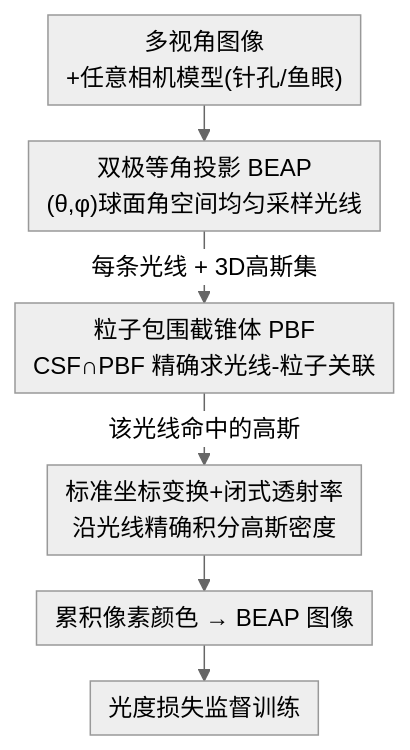
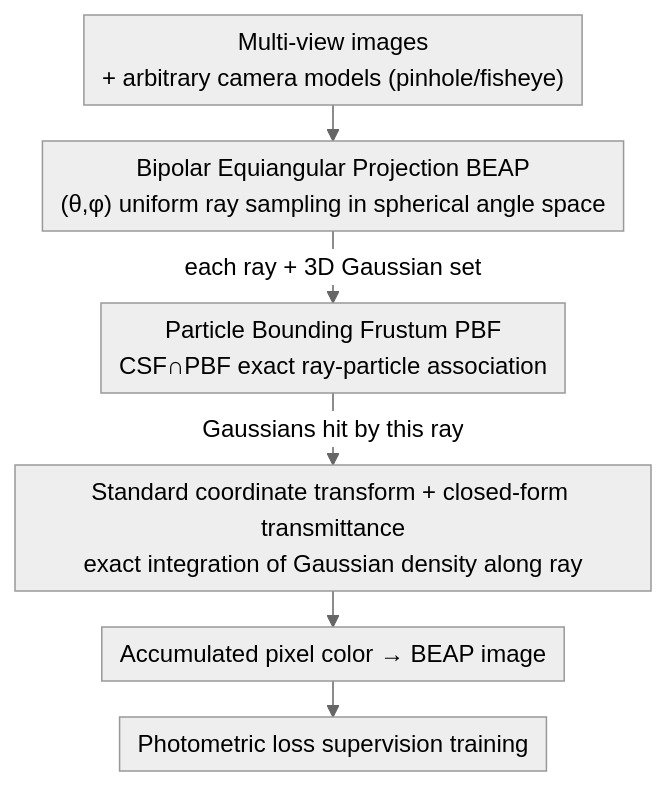
One commit to zhaoyang97/Paper-Notes-en changed the diagram in docs/ICLR2026/3d_vision/3dgeer_3d_gaussian_rendering_made_exact_and_efficient_for_generic_cameras.md. Above: the diagram before and after it, drawn with Mermaid (neutral theme). The commit also changed 644 other files, not shown here.

````diff
--- a/docs/ICLR2026/3d_vision/3dgeer_3d_gaussian_rendering_made_exact_and_efficient_for_generic_cameras.md
+++ b/docs/ICLR2026/3d_vision/3dgeer_3d_gaussian_rendering_made_exact_and_efficient_for_generic_cameras.md
@@ -48,9 +48,9 @@
 ```mermaid
 %%{init: {'flowchart': {'rankSpacing': 24, 'nodeSpacing': 28, 'padding': 6, 'wrappingWidth': 400}}}%%
 flowchart TD
-    A["多视角图像<br/>+任意相机模型(针孔/鱼眼)"] --> B["双极等角投影 BEAP<br/>(θ,φ)球面角空间均匀采样光线"]
-    B -->|每条光线 + 3D高斯集| C["粒子包围截锥体 PBF<br/>CSF∩PBF 精确求光线-粒子关联"]
-    C -->|该光线命中的高斯| D["标准坐标变换+闭式透射率<br/>沿光线精确积分高斯密度"]
-    D --> E["累积像素颜色 → BEAP 图像"]
-    E --> F["光度损失监督训练"]
+    A["Multi-view images<br/>+ arbitrary camera models (pinhole/fisheye)"] --> B["Bipolar Equiangular Projection BEAP<br/>(θ,φ) uniform ray sampling in spherical angle space"]
+    B -->|each ray + 3D Gaussian set| C["Particle Bounding Frustum PBF<br/>CSF∩PBF exact ray-particle association"]
+    C -->|Gaussians hit by this ray| D["Standard coordinate transform + closed-form transmittance<br/>exact integration of Gaussian density along ray"]
+    D --> E["Accumulated pixel color → BEAP image"]
+    E --> F["Photometric loss supervision training"]
 ```
````
